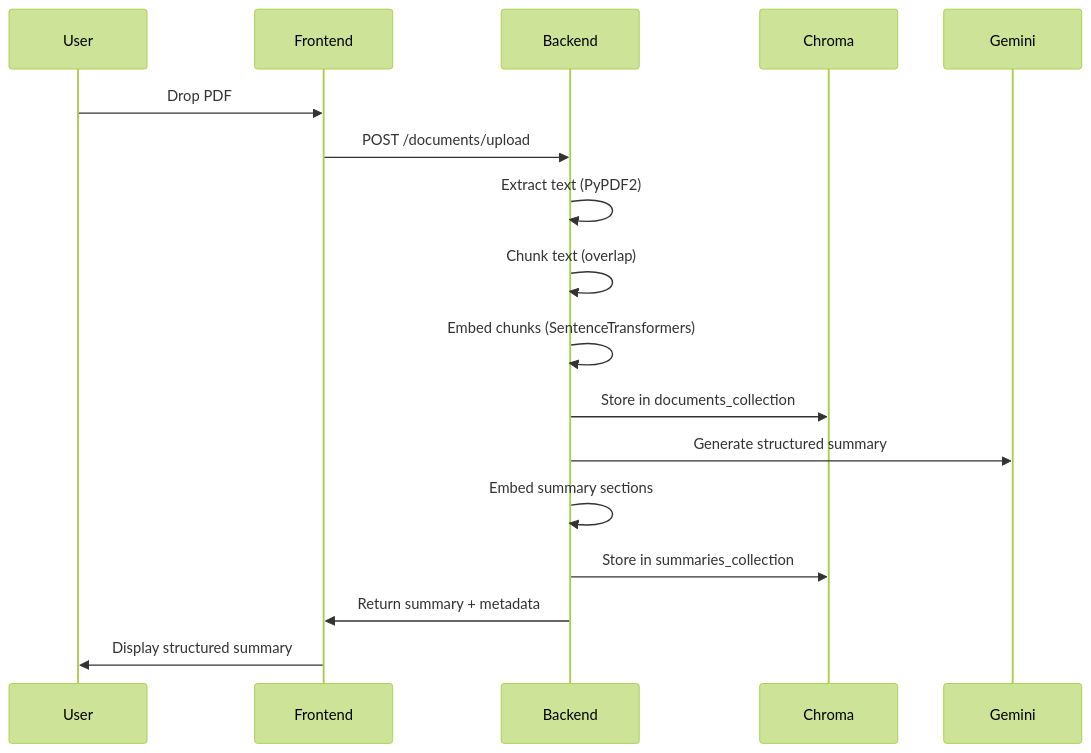
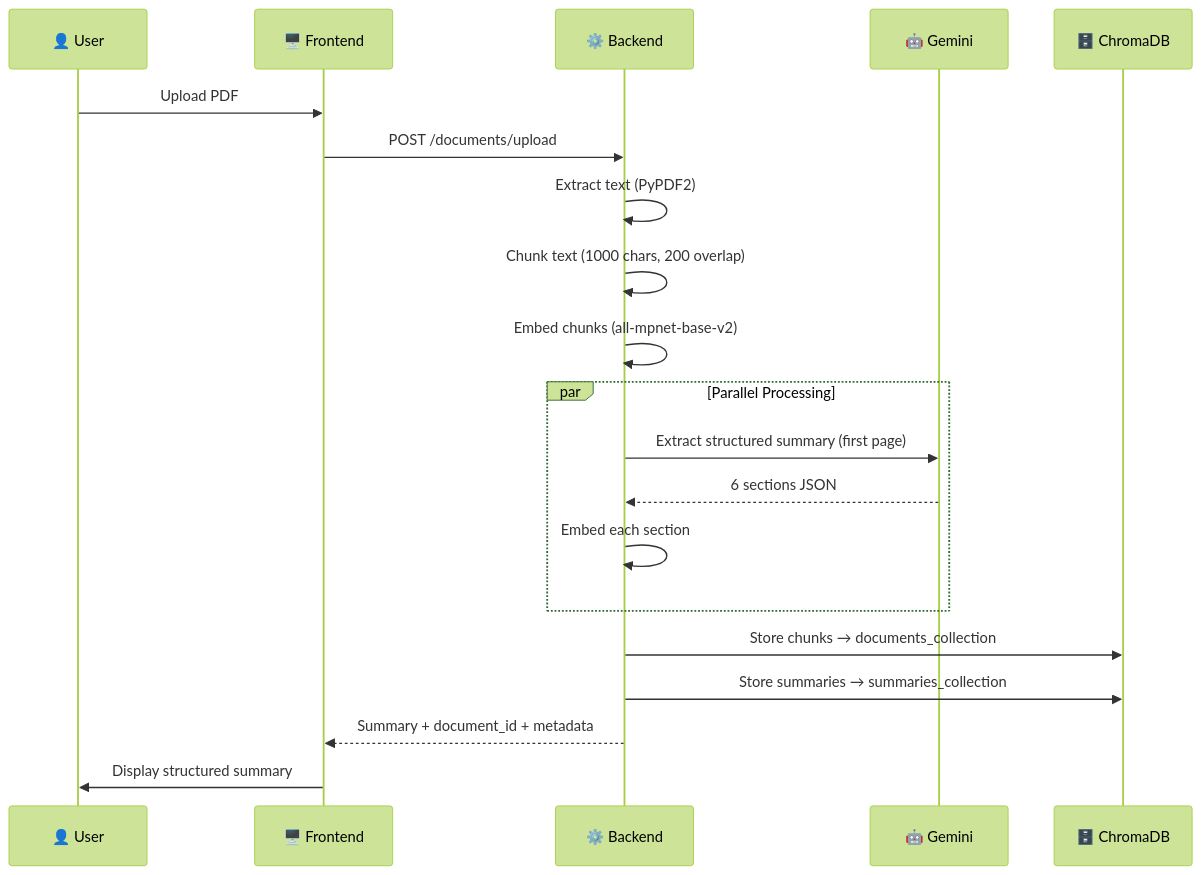
The second of 3 diagrams in README.md (Imashanilupul/Research-Application-CAG), drawn with Mermaid (forest theme) before and after one commit. The commit also changed other lines of this file and 2 other files, not shown here.

````diff
--- a/README.md
+++ b/README.md
@@ -67,20 +92,25 @@
 ```mermaid
 sequenceDiagram
-    participant User
-    participant Frontend
-    participant Backend
-    participant Chroma
-    participant Gemini
+    participant User as 👤 User
+    participant Frontend as 🖥️ Frontend
+    participant Backend as ⚙️ Backend
+    participant Gemini as 🤖 Gemini
+    participant ChromaDB as 🗄️ ChromaDB
     
-    User->>Frontend: Drop PDF
+    User->>Frontend: Upload PDF
     Frontend->>Backend: POST /documents/upload
     Backend->>Backend: Extract text (PyPDF2)
-    Backend->>Backend: Chunk text (overlap)
-    Backend->>Backend: Embed chunks (SentenceTransformers)
-    Backend->>Chroma: Store in documents_collection
-    Backend->>Gemini: Generate structured summary
-    Backend->>Backend: Embed summary sections
-    Backend->>Chroma: Store in summaries_collection
-    Backend->>Frontend: Return summary + metadata
+    Backend->>Backend: Chunk text (1000 chars, 200 overlap)
+    Backend->>Backend: Embed chunks (all-mpnet-base-v2)
+    
+    par Parallel Processing
+        Backend->>Gemini: Extract structured summary (first page)
+        Gemini-->>Backend: 6 sections JSON
+        Backend->>Backend: Embed each section
+    end
+    
+    Backend->>ChromaDB: Store chunks → documents_collection
+    Backend->>ChromaDB: Store summaries → summaries_collection
+    Backend-->>Frontend: Summary + document_id + metadata
     Frontend->>User: Display structured summary
 ```
````
